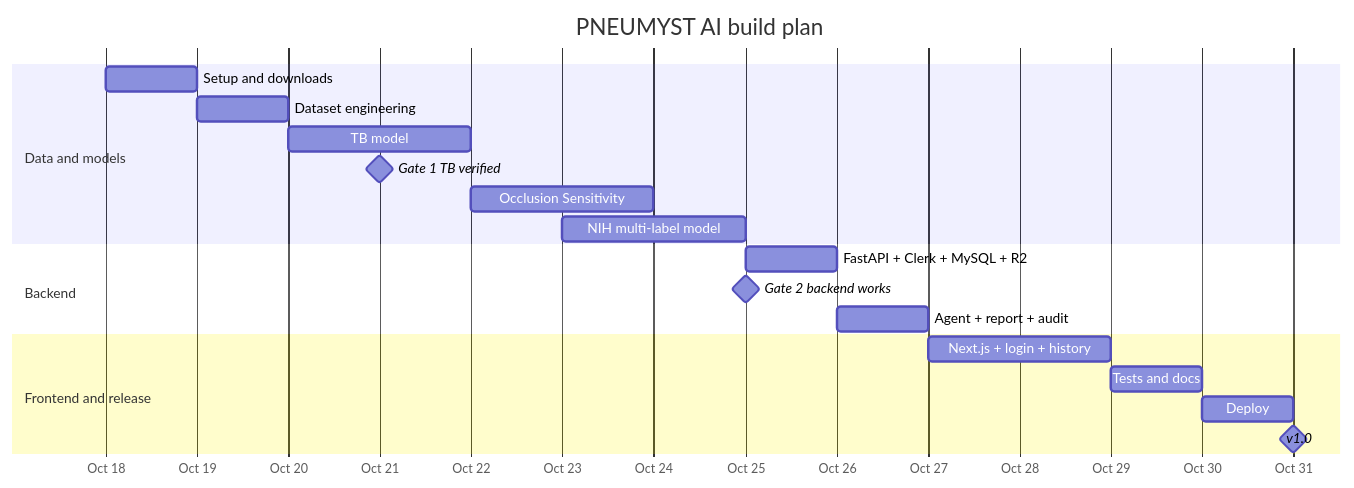
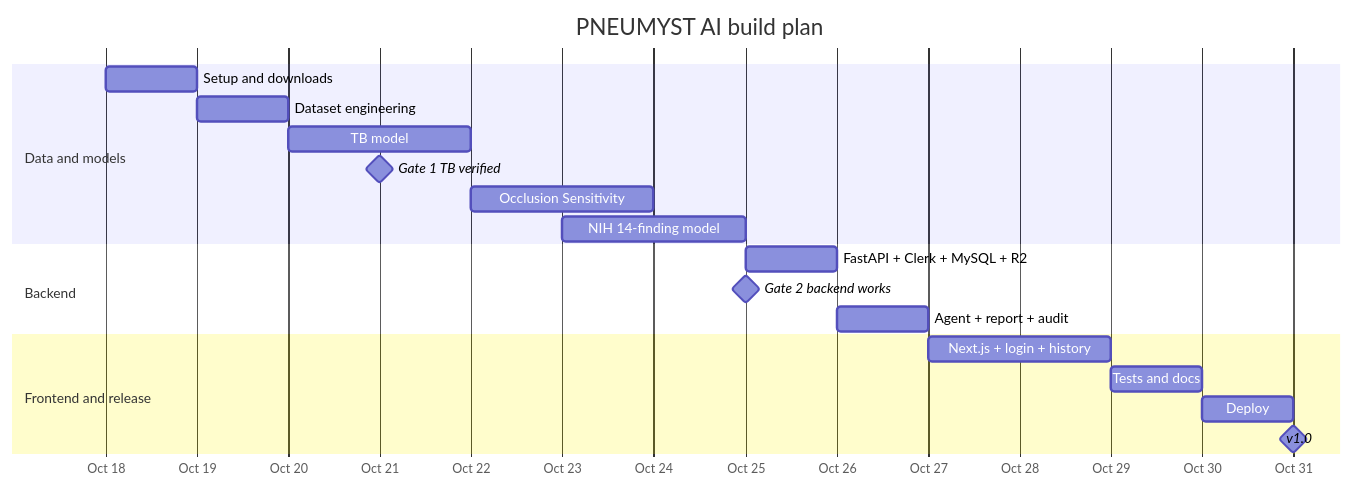
The fifth of 5 diagrams in README.md (Fy1zN/pneumyst-ai), drawn with Mermaid before and after one commit. The commit also changed other lines of this file, not shown here.

````diff
--- a/README.md
+++ b/README.md
@@ -542,22 +588,22 @@
 ```mermaid
 gantt
     title PNEUMYST AI build plan
     dateFormat YYYY-MM-DD
     axisFormat %b %d
     section Data and models
     Setup and downloads          :a1, 2026-10-18, 1d
     Dataset engineering          :a2, 2026-10-19, 1d
     TB model                     :a3, 2026-10-20, 2d
     Gate 1 TB verified           :milestone, 2026-10-21, 0d
     Occlusion Sensitivity        :a4, 2026-10-22, 2d
-    NIH multi-label model        :a5, 2026-10-23, 2d
+    NIH 14-finding model         :a5, 2026-10-23, 2d
     section Backend
     FastAPI + Clerk + MySQL + R2 :b1, 2026-10-25, 1d
     Gate 2 backend works         :milestone, 2026-10-25, 0d
     Agent + report + audit       :b2, 2026-10-26, 1d
     section Frontend and release
     Next.js + login + history    :c1, 2026-10-27, 2d
     Tests and docs               :c2, 2026-10-29, 1d
     Deploy                       :c3, 2026-10-30, 1d
     v1.0                         :milestone, 2026-10-31, 0d
 ```
````
